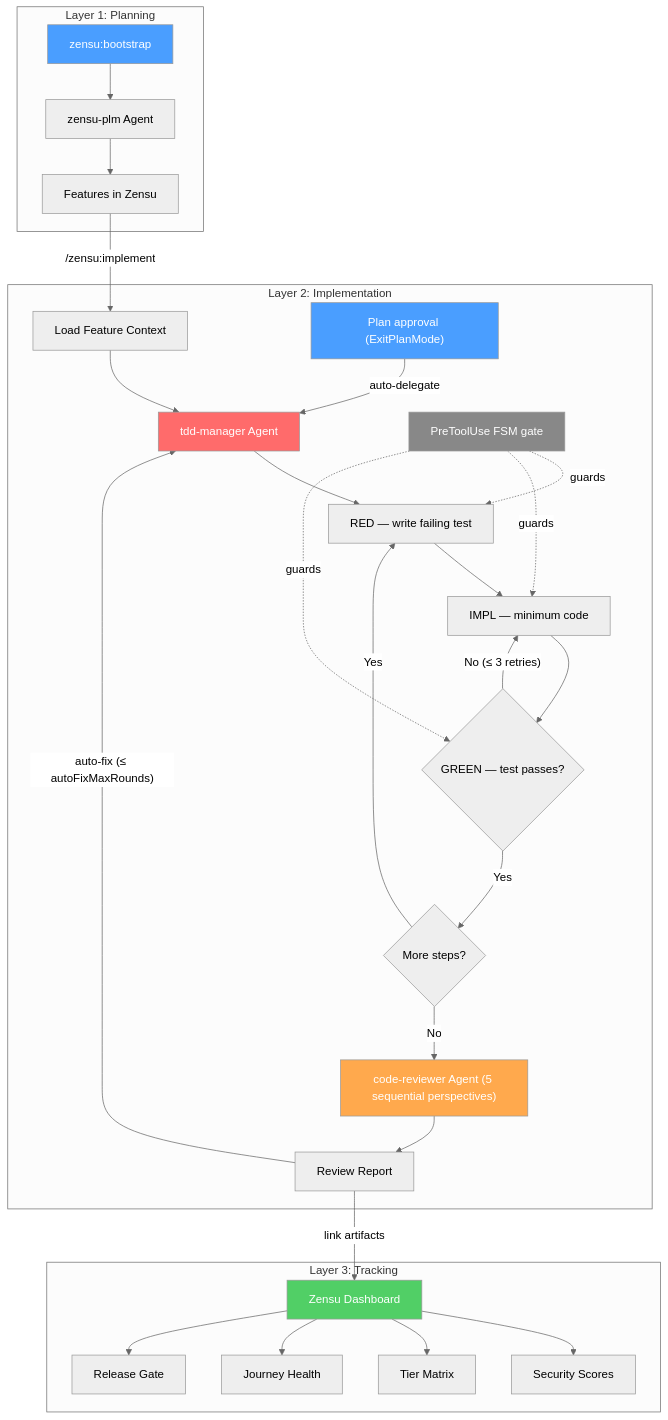
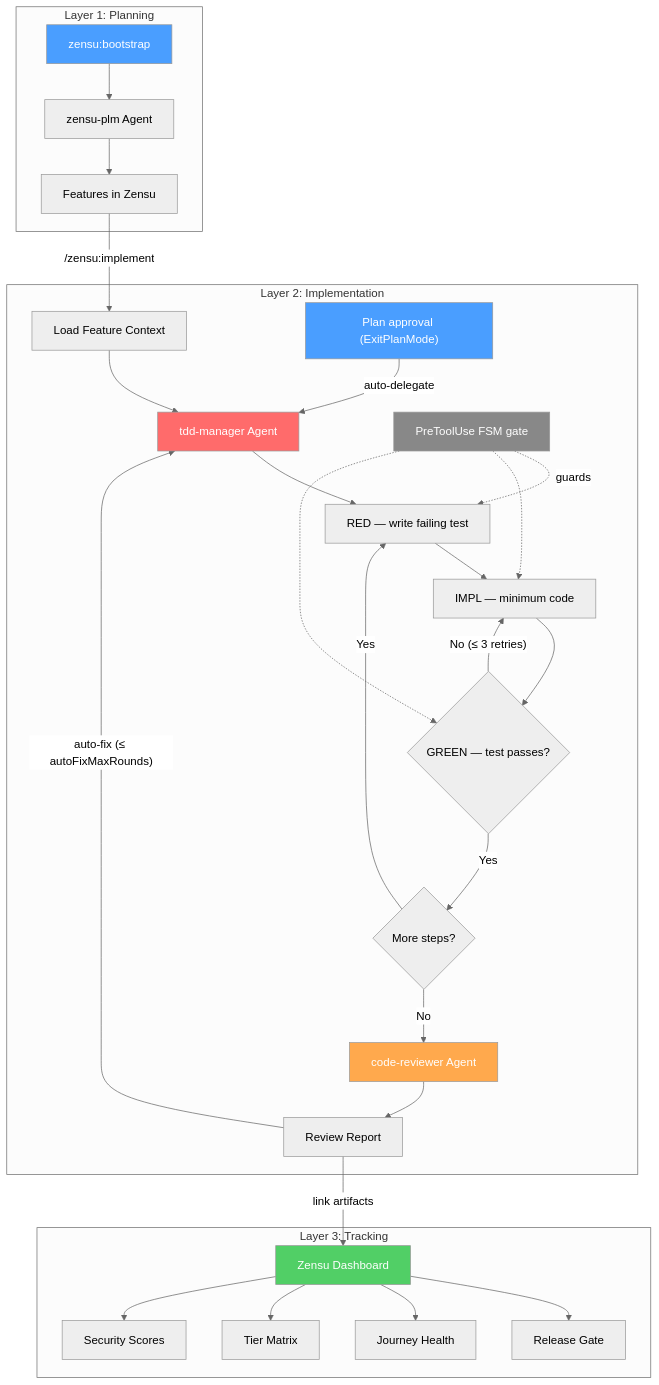
One commit to MKITConsulting/zensu-claude-code changed the diagram in README.md. Above: the diagram before and after it, drawn with Mermaid (neutral theme).

Commit message:
docs(readme): polish Mermaid chart — fix code-reviewer label clip, tidy gate edges, reorder dashboard children
- P1: K node label shortened to 'code-reviewer Agent'. Previous long
  form '(5 sequential perspectives)' got clipped mid-word in the
  GitHub render; the detail already lives in the agent table and the
  Code Reviewer subsection.
- P4: Layer 3 dashboard children re-ordered so left-to-right visual
  reads Security Scores -> Tier Matrix -> Journey Health -> Release
  Gate, matching the README narrative (security first). Mermaid TD
  layout renders sibling edges right-to-left, so source order is
  reversed to compensate.
- P5: Only the first dashed GATE edge carries the 'guards' label.
  Dashed style + shared origin convey the constraint without label
  repetition on the other two edges.

No behavior change.

````diff
--- a/README.md
+++ b/README.md
@@ -25,40 +25,40 @@
 ```mermaid
 flowchart TD
     subgraph Planning["Layer 1: Planning"]
         A["zensu:bootstrap"] --> B["zensu-plm Agent"]
         B --> C["Features in Zensu"]
     end
 
     subgraph Implementation["Layer 2: Implementation"]
         C -->|"/zensu:implement"| D["Load Feature Context"]
         PLAN["Plan approval (ExitPlanMode)"] -->|"auto-delegate"| E
         D --> E["tdd-manager Agent"]
         E --> RED["RED — write failing test"]
         RED --> IMPL["IMPL — minimum code"]
         IMPL --> GREEN{"GREEN — test passes?"}
         GREEN -->|"No (≤ 3 retries)"| IMPL
         GREEN -->|"Yes"| NEXT{"More steps?"}
         NEXT -->|"Yes"| RED
-        NEXT -->|"No"| K["code-reviewer Agent (5 sequential perspectives)"]
+        NEXT -->|"No"| K["code-reviewer Agent"]
         K --> L["Review Report"]
         L -->|"auto-fix (≤ autoFixMaxRounds)"| E
         GATE["PreToolUse FSM gate"] -.guards.-> RED
-        GATE -.guards.-> IMPL
-        GATE -.guards.-> GREEN
+        GATE -.-> IMPL
+        GATE -.-> GREEN
     end
 
     subgraph Tracking["Layer 3: Tracking"]
         L -->|"link artifacts"| M["Zensu Dashboard"]
+        M --> Q["Release Gate"]
+        M --> P["Journey Health"]
+        M --> O["Tier Matrix"]
         M --> N["Security Scores"]
-        M --> O["Tier Matrix"]
-        M --> P["Journey Health"]
-        M --> Q["Release Gate"]
     end
 
     style A fill:#4a9eff,color:#fff
     style PLAN fill:#4a9eff,color:#fff
     style E fill:#ff6b6b,color:#fff
     style GATE fill:#888,color:#fff
     style K fill:#ffa94d,color:#fff
     style M fill:#51cf66,color:#fff
 ```
````
